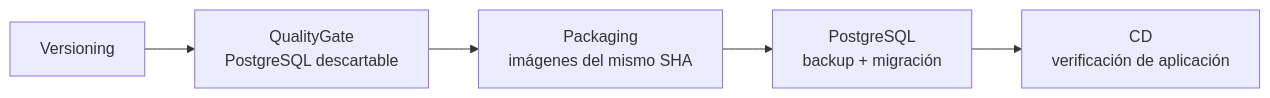
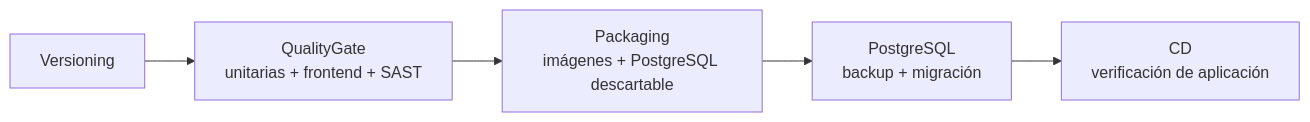
Before and after one commit to maxivalenzano/dev-ops-clase-2: the diagram in docs/backend/migraciones-demo.md, drawn with Mermaid. The commit also changed other lines of this file and 8 other files, not shown here.

````diff
--- a/docs/backend/migraciones-demo.md
+++ b/docs/backend/migraciones-demo.md
@@ -45,7 +44,7 @@
 ```mermaid
 flowchart LR
-  V[Versioning] --> Q[QualityGate<br/>PostgreSQL descartable]
-  Q --> P[Packaging<br/>imágenes del mismo SHA]
+  V[Versioning] --> Q[QualityGate<br/>unitarias + frontend + SAST]
+  Q --> P[Packaging<br/>imágenes + PostgreSQL descartable]
   P --> D[PostgreSQL<br/>backup + migración]
   D --> C[CD<br/>verificación de aplicación]
 ```
````
